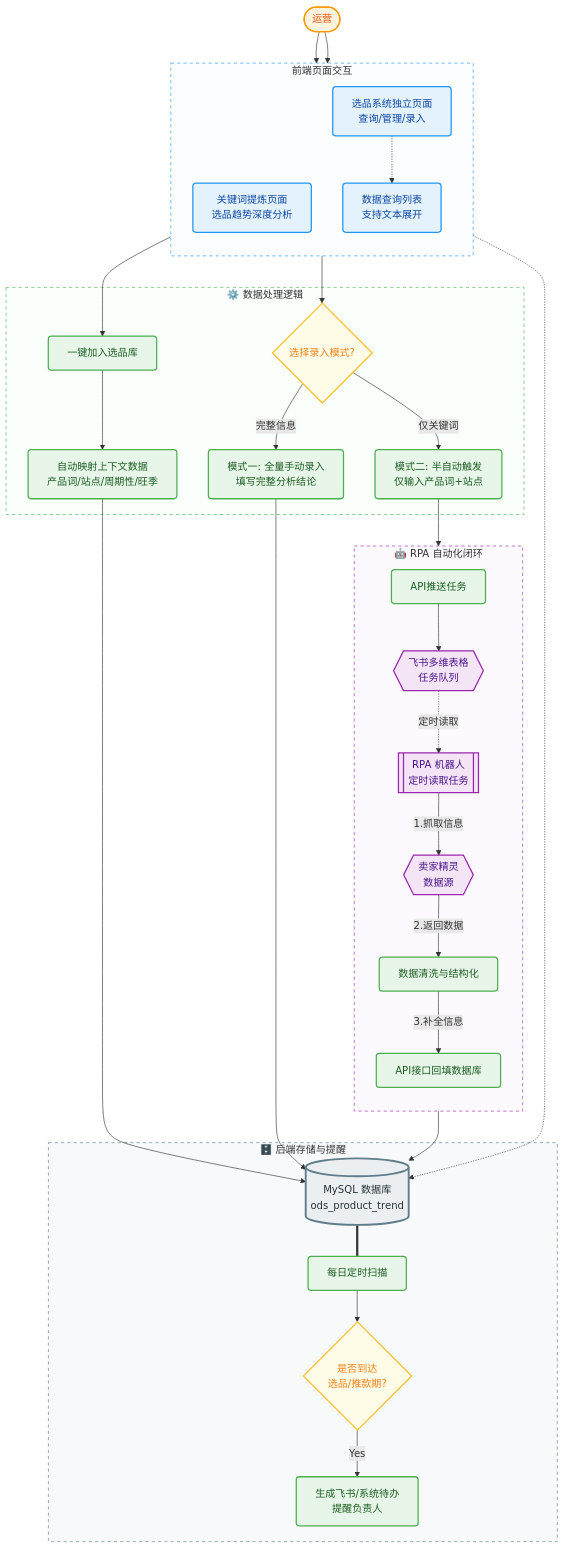
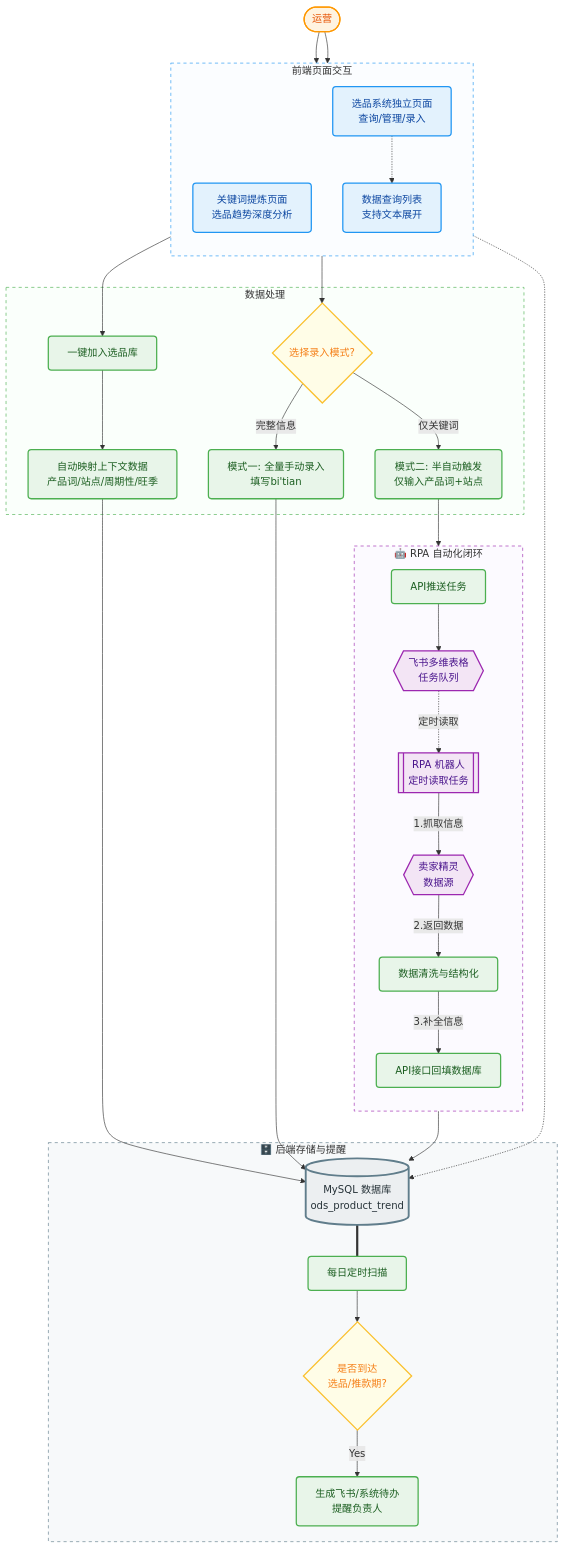
Before and after one commit to Fleve-MY/iodraw-files: the diagram in all/未命名-1.md, drawn with Mermaid.

Commit message:
2026-01-07 17:43:23 update

```diff
--- a/all/未命名-1.md
+++ b/all/未命名-1.md
@@ -19,14 +19,14 @@
         QueryDisplay[数据查询列表<br>支持文本展开]:::uiStyle
     end
 
-    %% 区域2：数据录入逻辑
-    subgraph Logic_Group [ ⚙️ 数据处理逻辑 ]
+    %% 数据录入
+    subgraph Logic_Group [ 数据处理 ]
         OneClick[一键加入选品库]:::processStyle
         AutoMap[自动映射上下文数据<br>产品词/站点/周期性/旺季]:::processStyle
         
         InputType{选择录入模式?}:::decisionStyle
         
-        Type1[模式一: 全量手动录入<br>填写完整分析结论]:::processStyle
+        Type1[模式一: 全量手动录入<br>填写bi'tian]:::processStyle
         Type2[模式二: 半自动触发<br>仅输入产品词+站点]:::processStyle
     end
 
```
